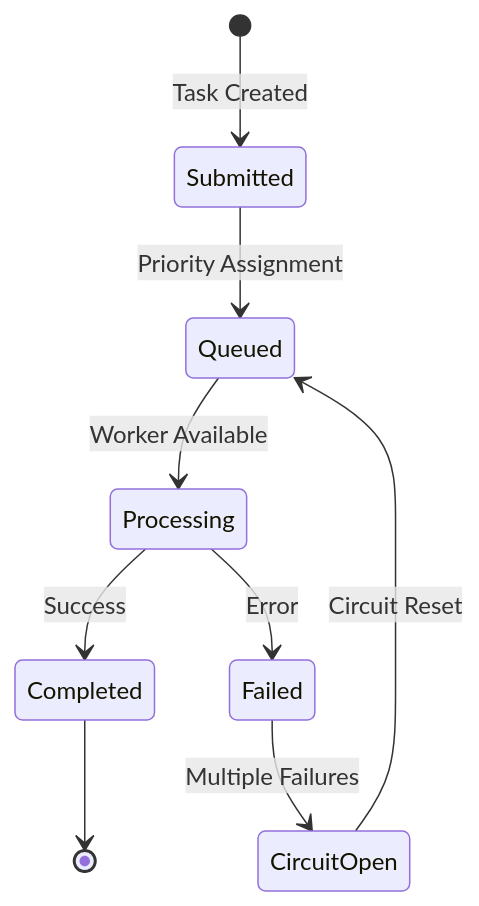
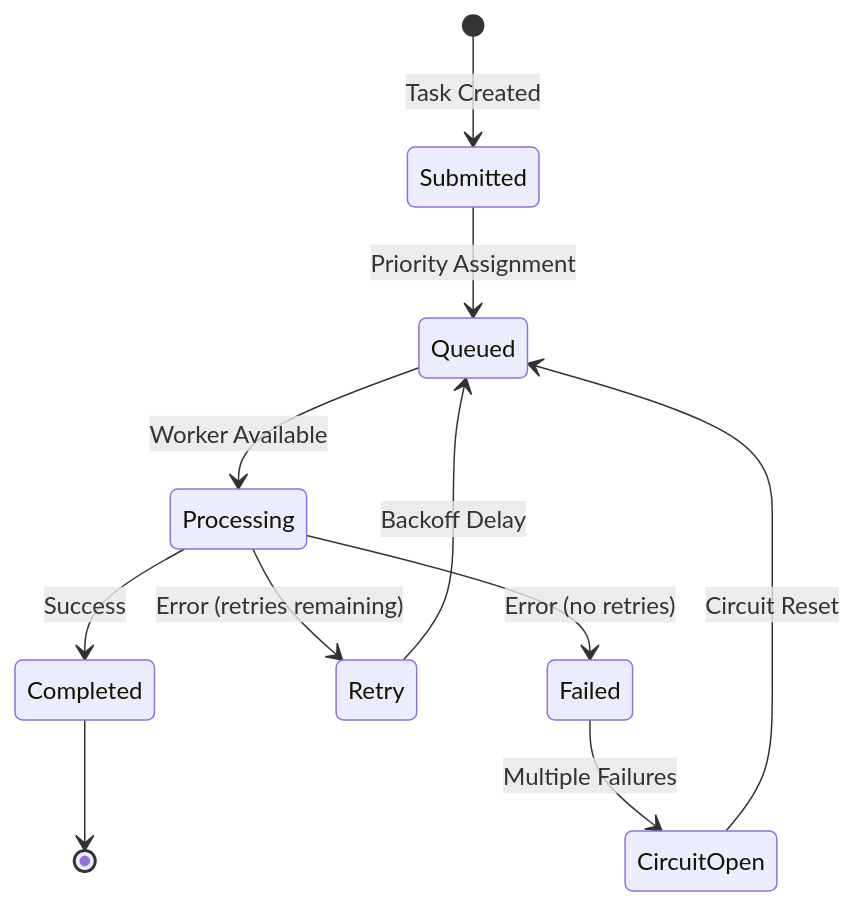
One commit to justrach/kew changed the second of 2 diagrams in README.md. Above: the diagram before and after it, drawn with Mermaid. The commit also changed other lines of this file and 3 other files, not shown here.

````diff
--- a/README.md
+++ b/README.md
@@ -43,11 +44,13 @@
 ```mermaid
 stateDiagram-v2
     [*] --> Submitted: Task Created
     Submitted --> Queued: Priority Assignment
     Queued --> Processing: Worker Available
     Processing --> Completed: Success
-    Processing --> Failed: Error
+    Processing --> Retry: Error (retries remaining)
+    Retry --> Queued: Backoff Delay
+    Processing --> Failed: Error (no retries)
     Failed --> CircuitOpen: Multiple Failures
     CircuitOpen --> Queued: Circuit Reset
     Completed --> [*]
 ```
````
